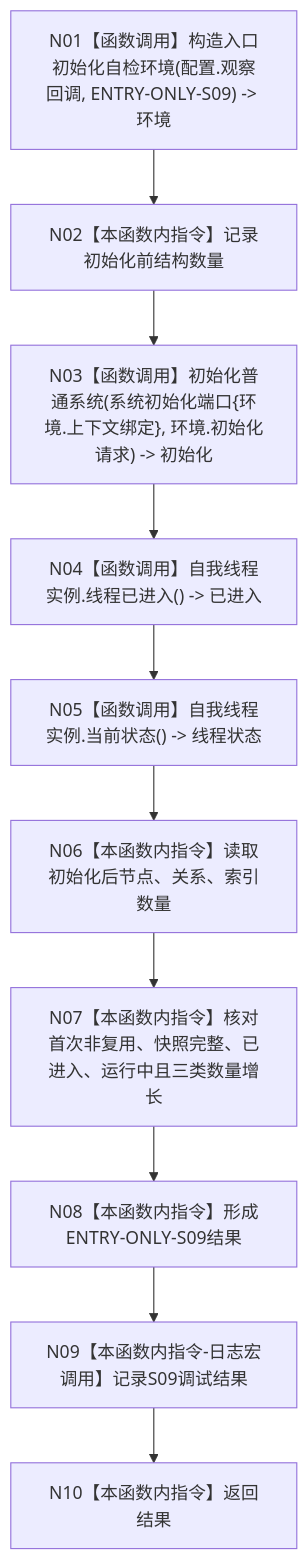
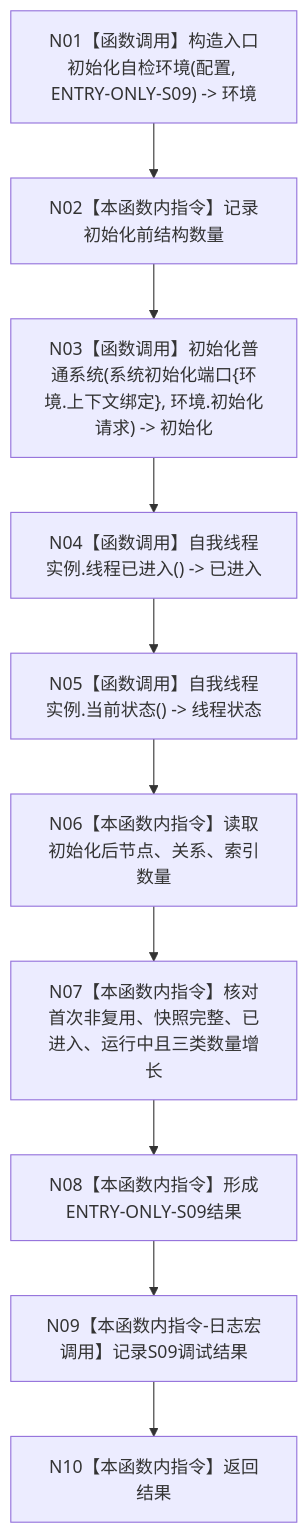
The diagram in 流程图/20260726_ENTRY-ONLY_S09_自我线程进入与初始化_施工流程图_v0.1.md (chunhaizh-cyber/HY-Ego), drawn with Mermaid before and after one commit. The commit also changed other lines of this file and 51 other files, not shown here.

Commit message:
修订 ENTRY-ONLY 登记设计合同

````diff
--- a/流程图/20260726_ENTRY-ONLY_S09_自我线程进入与初始化_施工流程图_v0.1.md
+++ b/流程图/20260726_ENTRY-ONLY_S09_自我线程进入与初始化_施工流程图_v0.1.md
@@ -27,12 +27,12 @@
 ```mermaid
 flowchart TD
-    N01["N01【函数调用】构造入口初始化自检环境(配置.观察回调, ENTRY-ONLY-S09) -> 环境"] --> N02["N02【本函数内指令】记录初始化前结构数量"]
+    N01["N01【函数调用】构造入口初始化自检环境(配置, ENTRY-ONLY-S09) -> 环境"] --> N02["N02【本函数内指令】记录初始化前结构数量"]
     N02 --> N03["N03【函数调用】初始化普通系统(系统初始化端口{环境.上下文绑定}, 环境.初始化请求) -> 初始化"]
     N03 --> N04["N04【函数调用】自我线程实例.线程已进入() -> 已进入"]
     N04 --> N05["N05【函数调用】自我线程实例.当前状态() -> 线程状态"]
     N05 --> N06["N06【本函数内指令】读取初始化后节点、关系、索引数量"]
     N06 --> N07["N07【本函数内指令】核对首次非复用、快照完整、已进入、运行中且三类数量增长"]
     N07 --> N08["N08【本函数内指令】形成ENTRY-ONLY-S09结果"]
     N08 --> N09["N09【本函数内指令-日志宏调用】记录S09调试结果"]
     N09 --> N10["N10【本函数内指令】返回结果"]
 ```
````
